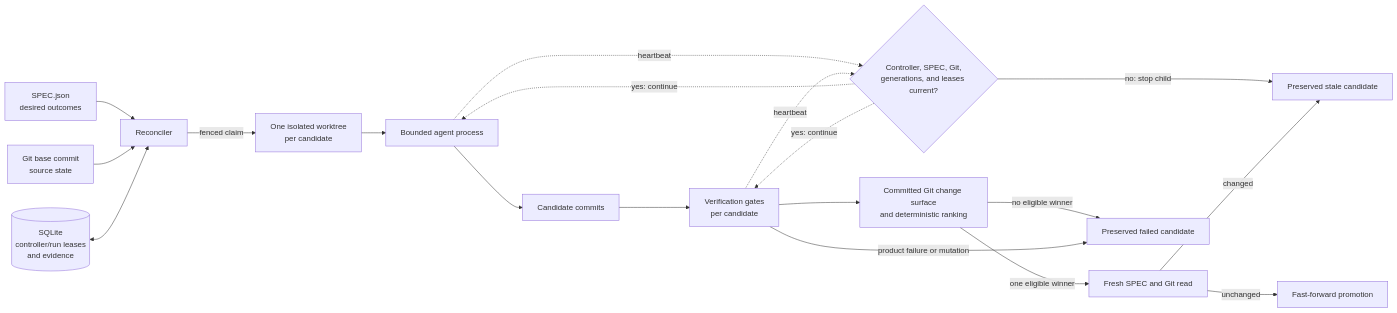
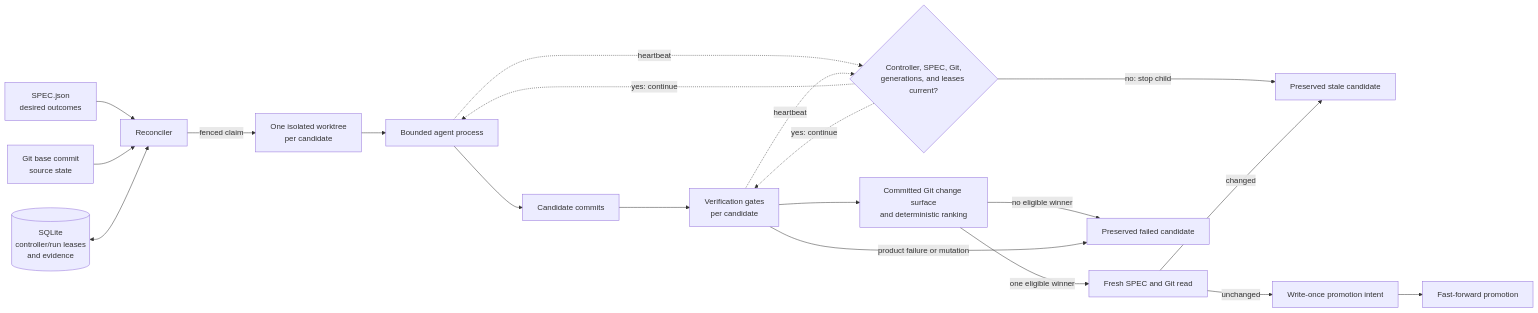
The diagram in docs/architecture.md (GhostlyGawd/autobuild), drawn with Mermaid before and after one commit. The commit also changed other lines of this file and 16 other files, not shown here.

````diff
--- a/docs/architecture.md
+++ b/docs/architecture.md
@@ -5,21 +5,22 @@
 ```mermaid
 flowchart LR
     S[SPEC.json<br/>desired outcomes] --> R[Reconciler]
     G[Git base commit<br/>source state] --> R
     D[(SQLite<br/>controller/run leases<br/>and evidence)] <--> R
     R -->|fenced claim| W[One isolated worktree<br/>per candidate]
     W --> A[Bounded agent process]
     A --> C[Candidate commits]
     C --> E[Verification gates<br/>per candidate]
     A -. heartbeat .-> Q{Controller, SPEC, Git,<br/>generations, and leases current?}
     E -. heartbeat .-> Q
     Q -->|no: stop child| H
     Q -. yes: continue .-> A
     Q -. yes: continue .-> E
     E --> K[Committed Git change surface<br/>and deterministic ranking]
     K -->|one eligible winner| V[Fresh SPEC and Git read]
     K -->|no eligible winner| F
-    V -->|unchanged| P[Fast-forward promotion]
+    V -->|unchanged| I[Write-once promotion intent]
+    I --> P[Fast-forward promotion]
     V -->|changed| H[Preserved stale candidate]
     E -->|product failure or mutation| F[Preserved failed candidate]
 ```
````
